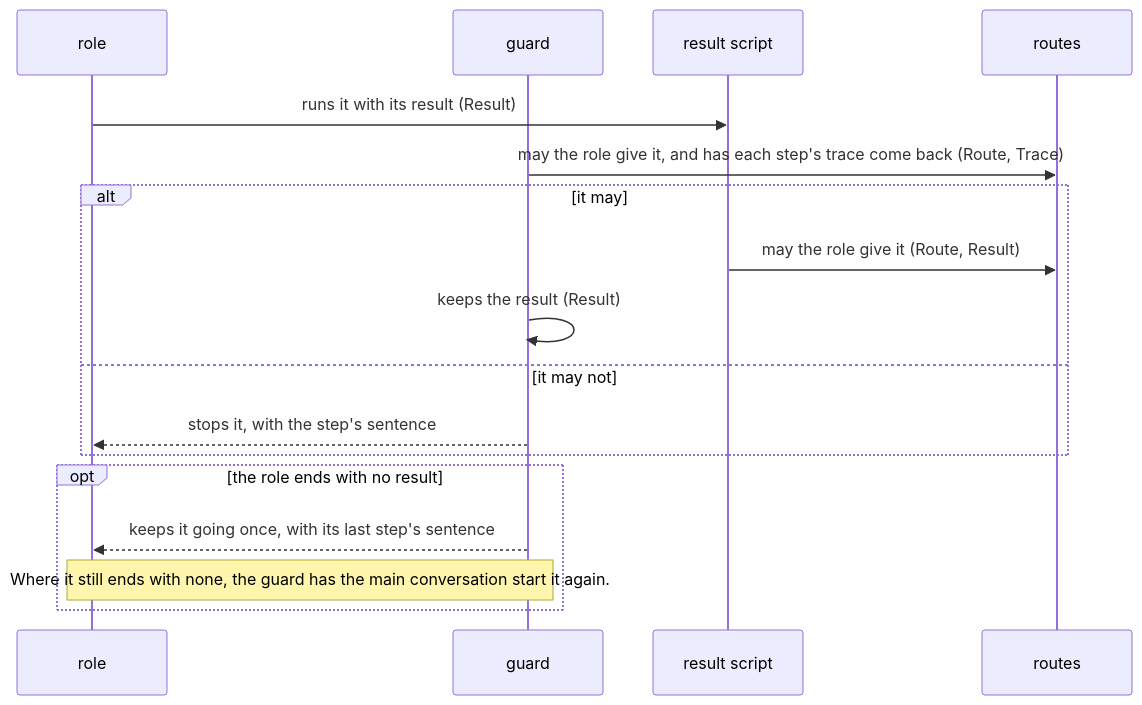
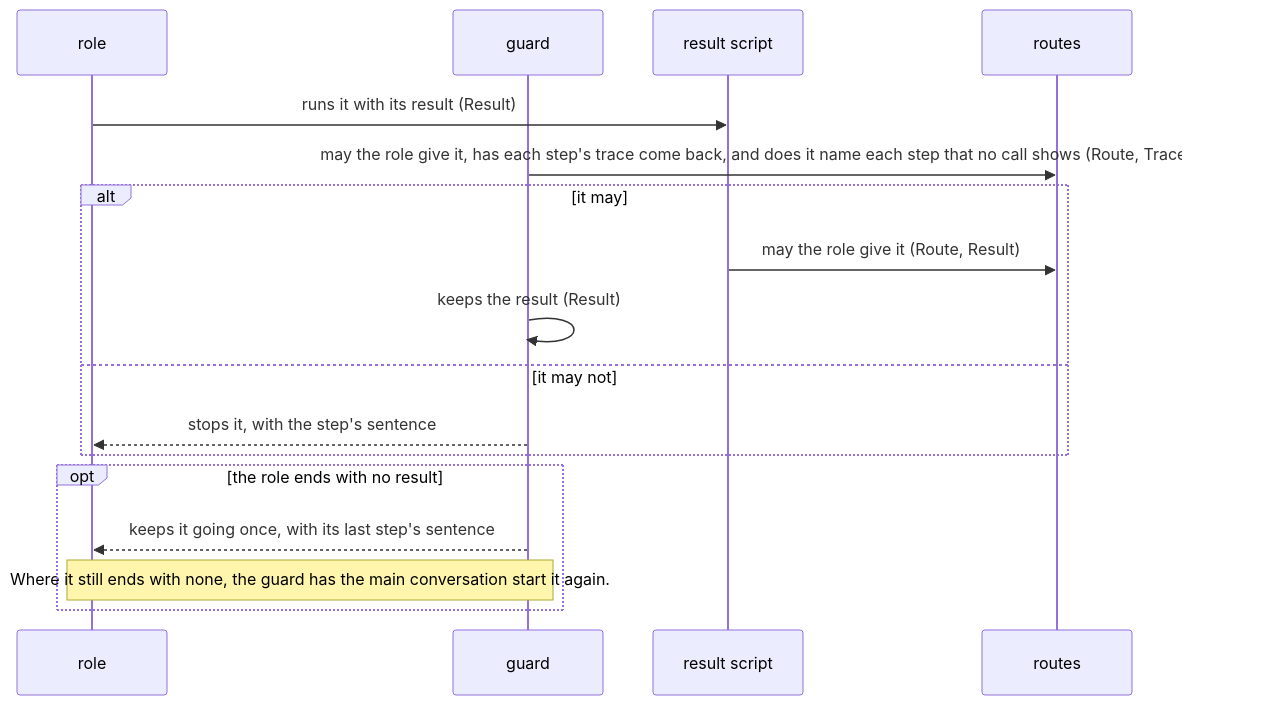
The fifth of 7 diagrams in dev/lane/architecture.md (lovaizu/ccpm), drawn with Mermaid before and after one commit. The commit also changed other lines of this file and 26 other files, not shown here.

````diff
--- a/dev/lane/architecture.md
+++ b/dev/lane/architecture.md
@@ -274,19 +277,19 @@
 ```mermaid
 sequenceDiagram
   participant R as role
   participant G as guard
   participant RS as result script
   participant RT as routes
   R->>RS: runs it with its result (Result)
-  G->>RT: may the role give it, and has each step's trace come back (Route, Trace)
+  G->>RT: may the role give it, has each step's trace come back, and does it name each step that no call shows (Route, Trace, Step list)
   alt it may
     RS->>RT: may the role give it (Route, Result)
     G->>G: keeps the result (Result)
   else it may not
     G-->>R: stops it, with the step's sentence
   end
   opt the role ends with no result
     G-->>R: keeps it going once, with its last step's sentence
     Note over R,G: Where it still ends with none, the guard has the main conversation start it again.
   end
 ```
````
